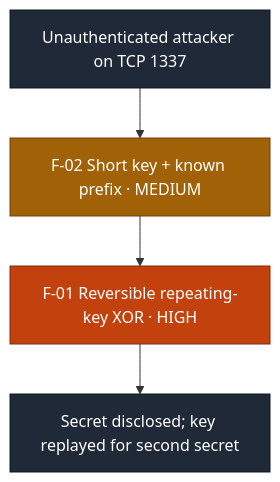
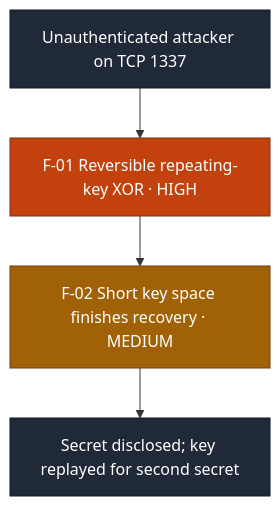
One commit to ouroboros-white/cybersecurity-portfolio changed the first of 2 diagrams in reports/xor-cryptosystem-2026-08.md. Above: the diagram before and after it, drawn with Mermaid. The commit also changed other lines of this file, not shown here.

First line of the commit message:
fix: order the XOR report attack chain numerically (F-01 -> F-02)

````diff
--- a/reports/xor-cryptosystem-2026-08.md
+++ b/reports/xor-cryptosystem-2026-08.md
@@ -60,12 +62,12 @@
 ```mermaid
 flowchart TD
-    S["Unauthenticated attacker on TCP 1337"] --> F2["F-02 Short key + known prefix · MEDIUM"]
-    F2 --> F1["F-01 Reversible repeating-key XOR · HIGH"]
-    F1 --> R["Secret disclosed; key replayed for second secret"]
+    S["Unauthenticated attacker on TCP 1337"] --> F1["F-01 Reversible repeating-key XOR · HIGH"]
+    F1 --> F2["F-02 Short key space finishes recovery · MEDIUM"]
+    F2 --> R["Secret disclosed; key replayed for second secret"]
     classDef high fill:#c2410c,stroke:#7c2d12,color:#ffffff;
     classDef med fill:#a16207,stroke:#713f12,color:#ffffff;
     classDef term fill:#1f2937,stroke:#111827,color:#ffffff;
     class F1 high;
     class F2 med;
     class S,R term;
 ```
````
